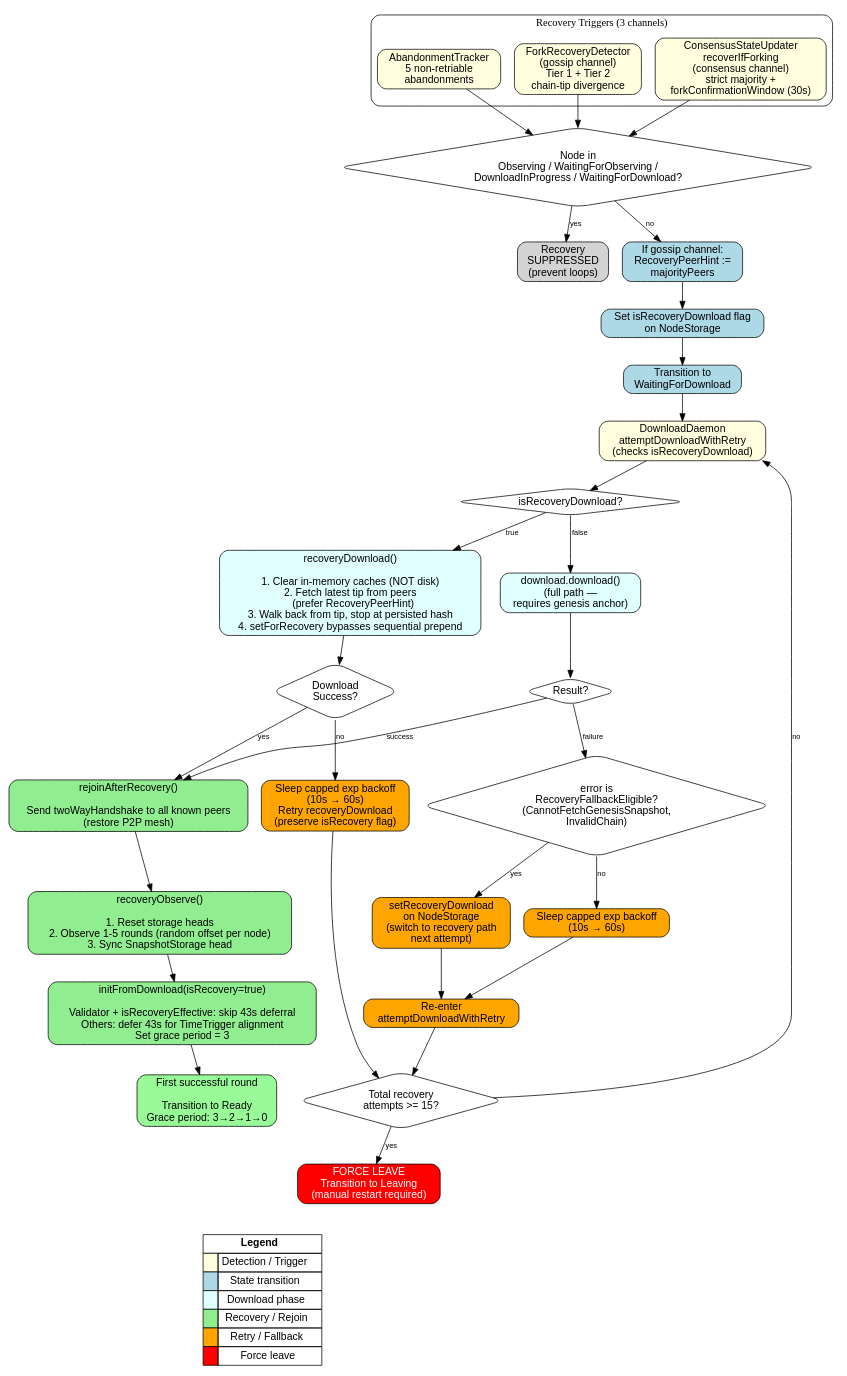
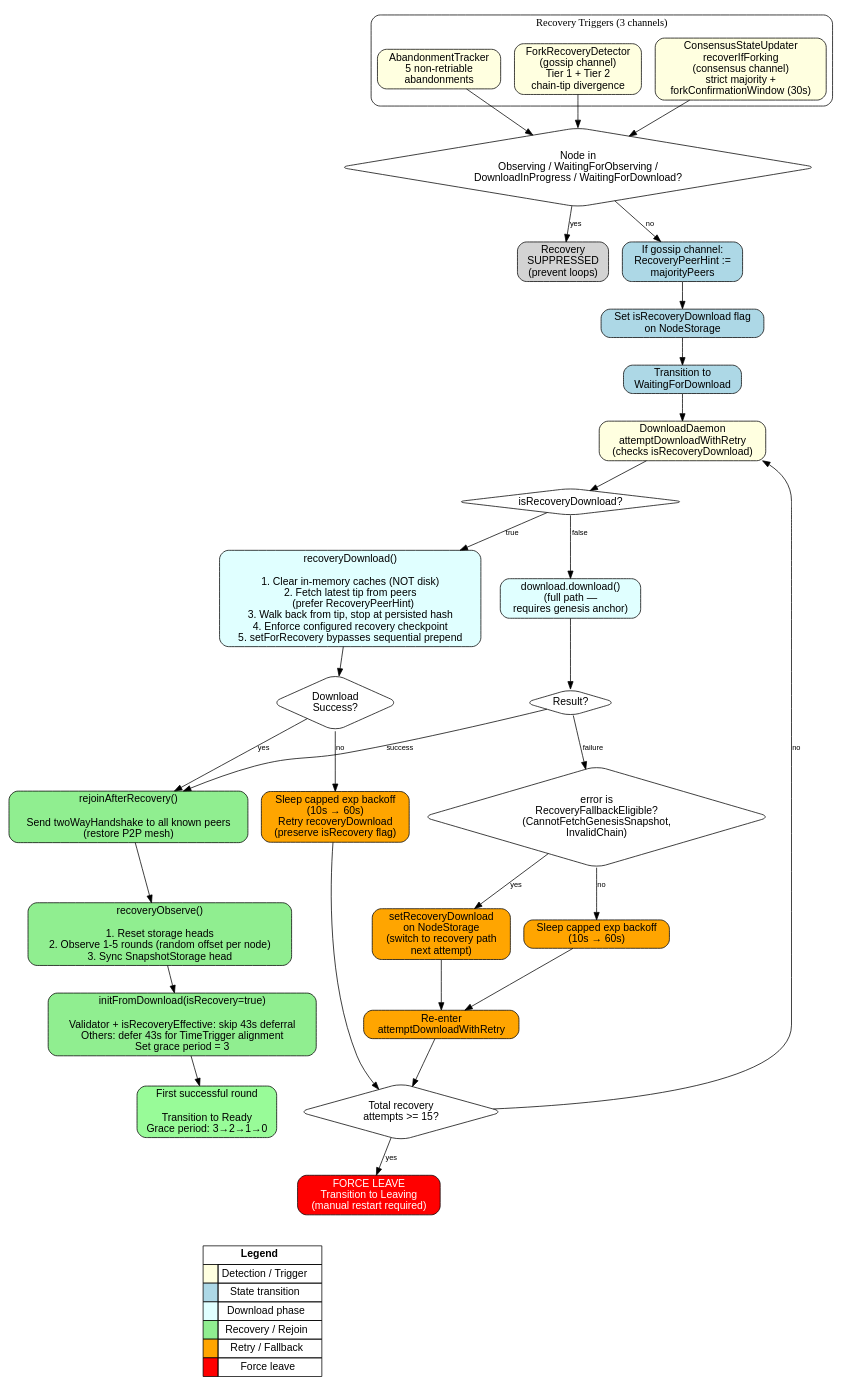
The diagram in docs/consensus/diagrams/recovery-decision-tree.dot (Constellation-Labs/tessellation), drawn with Graphviz before and after one commit. The commit also changed 9 other files, not shown here.

```diff
--- a/docs/consensus/diagrams/recovery-decision-tree.dot
+++ b/docs/consensus/diagrams/recovery-decision-tree.dot
@@ -1,129 +1,129 @@
 // Recovery Decision Tree
 // Render: dot -Tpng recovery-decision-tree.dot -o recovery-decision-tree.png
 
 digraph RecoveryDecisionTree {
     rankdir=TB;
     node [shape=box, style=rounded, fontname="Helvetica"];
     edge [fontname="Helvetica", fontsize=10];
 
     // Triggers
     subgraph cluster_triggers {
         label="Recovery Triggers (3 channels)";
         style=rounded;
         fillcolor="lightyellow";
 
         AbandonTrigger [label="AbandonmentTracker\n5 non-retriable\nabandonments", style="rounded,filled", fillcolor="lightyellow"];
         ForkTrigger [label="ForkRecoveryDetector\n(gossip channel)\nTier 1 + Tier 2\nchain-tip divergence", style="rounded,filled", fillcolor="lightyellow"];
         ConsensusForkTrigger [label="ConsensusStateUpdater\nrecoverIfForking\n(consensus channel)\nstrict majority +\nforkConfirmationWindow (30s)", style="rounded,filled", fillcolor="lightyellow"];
     }
 
     // State guard
     StateGuard [shape=diamond, label="Node in\nObserving / WaitingForObserving /\nDownloadInProgress / WaitingForDownload?"];
 
     AbandonTrigger -> StateGuard;
     ForkTrigger -> StateGuard;
     ConsensusForkTrigger -> StateGuard;
 
     StateGuard -> Suppressed [label="yes"];
     Suppressed [label="Recovery\nSUPPRESSED\n(prevent loops)", style="rounded,filled", fillcolor="lightgray"];
 
     StateGuard -> SetHint [label="no"];
 
     // Fork-channel-only: store peer hint
     SetHint [label="If gossip channel:\nRecoveryPeerHint :=\nmajorityPeers", style="rounded,filled", fillcolor="lightblue"];
     SetHint -> SetFlag;
 
     // Recovery initiation
     SetFlag [label="Set isRecoveryDownload flag\non NodeStorage", style="rounded,filled", fillcolor="lightblue"];
 
     SetFlag -> Transition;
 
     Transition [label="Transition to\nWaitingForDownload", style="rounded,filled", fillcolor="lightblue"];
 
     Transition -> DownloadDaemon;
 
     // Download daemon path selection
     DownloadDaemon [label="DownloadDaemon\nattemptDownloadWithRetry\n(checks isRecoveryDownload)", style="rounded,filled", fillcolor="lightyellow"];
 
     DownloadDaemon -> PathChoice;
 
     PathChoice [shape=diamond, label="isRecoveryDownload?"];
 
     PathChoice -> RecoveryDownload [label="true"];
     PathChoice -> FullDownload [label="false"];
 
     // Full download with fallback switch
     FullDownload [label="download.download()\n(full path —\nrequires genesis anchor)", style="rounded,filled", fillcolor="lightcyan"];
     FullDownload -> FullResult;
 
     FullResult [shape=diamond, label="Result?"];
     FullResult -> Rejoin [label="success"];
     FullResult -> FallbackCheck [label="failure"];
 
     FallbackCheck [shape=diamond, label="error is\nRecoveryFallbackEligible?\n(CannotFetchGenesisSnapshot,\nInvalidChain)"];
     FallbackCheck -> SetFallback [label="yes"];
     FallbackCheck -> RetryFull [label="no"];
 
     SetFallback [label="setRecoveryDownload\non NodeStorage\n(switch to recovery path\nnext attempt)", style="rounded,filled", fillcolor="orange"];
     SetFallback -> Backoff;
 
     RetryFull [label="Sleep capped exp backoff\n(10s → 60s)", style="rounded,filled", fillcolor="orange"];
     RetryFull -> Backoff;
     Backoff [label="Re-enter\nattemptDownloadWithRetry", style="rounded,filled", fillcolor="orange"];
     Backoff -> CheckTotalAttempts;
 
     // Recovery download steps
-    RecoveryDownload [label="recoveryDownload()\n\n1. Clear in-memory caches (NOT disk)\n2. Fetch latest tip from peers\n   (prefer RecoveryPeerHint)\n3. Walk back from tip, stop at persisted hash\n4. setForRecovery bypasses sequential prepend", style="rounded,filled", fillcolor="lightcyan"];
+    RecoveryDownload [label="recoveryDownload()\n\n1. Clear in-memory caches (NOT disk)\n2. Fetch latest tip from peers\n   (prefer RecoveryPeerHint)\n3. Walk back from tip, stop at persisted hash\n4. Enforce configured recovery checkpoint\n5. setForRecovery bypasses sequential prepend", style="rounded,filled", fillcolor="lightcyan"];
 
     RecoveryDownload -> DownloadResult;
 
     DownloadResult [shape=diamond, label="Download\nSuccess?"];
 
     DownloadResult -> Rejoin [label="yes"];
     DownloadResult -> RecoveryRetry [label="no"];
 
     RecoveryRetry [label="Sleep capped exp backoff\n(10s → 60s)\nRetry recoveryDownload\n(preserve isRecovery flag)", style="rounded,filled", fillcolor="orange"];
     RecoveryRetry -> CheckTotalAttempts;
 
     CheckTotalAttempts [shape=diamond, label="Total recovery\nattempts >= 15?"];
 
     CheckTotalAttempts -> ForceLeave [label="yes"];
     CheckTotalAttempts -> DownloadDaemon [label="no"];
 
     ForceLeave [label="FORCE LEAVE\nTransition to Leaving\n(manual restart required)", style="rounded,filled", fillcolor="red", fontcolor="white"];
 
     // Rejoin
     Rejoin [label="rejoinAfterRecovery()\n\nSend twoWayHandshake to all known peers\n(restore P2P mesh)", style="rounded,filled", fillcolor="lightgreen"];
 
     Rejoin -> RecoveryObserve;
 
     // Recovery observe
     RecoveryObserve [label="recoveryObserve()\n\n1. Reset storage heads\n2. Observe 1-5 rounds (random offset per node)\n3. Sync SnapshotStorage head", style="rounded,filled", fillcolor="lightgreen"];
 
     RecoveryObserve -> InitFromDownload;
 
     // Init from download
     InitFromDownload [label="initFromDownload(isRecovery=true)\n\nValidator + isRecoveryEffective: skip 43s deferral\nOthers: defer 43s for TimeTrigger alignment\nSet grace period = 3", style="rounded,filled", fillcolor="lightgreen"];
 
     InitFromDownload -> FirstRound;
 
     // First round
     FirstRound [label="First successful round\n\nTransition to Ready\nGrace period: 3→2→1→0", style="rounded,filled", fillcolor="palegreen"];
 
     // Legend — compact, at bottom
     Legend [shape=plaintext, label=<
         <TABLE BORDER="0" CELLBORDER="1" CELLSPACING="0" CELLPADDING="4">
         <TR><TD COLSPAN="2"><B>Legend</B></TD></TR>
         <TR><TD BGCOLOR="lightyellow">  </TD><TD>Detection / Trigger</TD></TR>
         <TR><TD BGCOLOR="lightblue">  </TD><TD>State transition</TD></TR>
         <TR><TD BGCOLOR="lightcyan">  </TD><TD>Download phase</TD></TR>
         <TR><TD BGCOLOR="lightgreen">  </TD><TD>Recovery / Rejoin</TD></TR>
         <TR><TD BGCOLOR="orange">  </TD><TD>Retry / Fallback</TD></TR>
         <TR><TD BGCOLOR="red">  </TD><TD>Force leave</TD></TR>
         </TABLE>
     >];
 
     // Force legend below the flow
     FirstRound -> Legend [style=invis];
     ForceLeave -> Legend [style=invis];
 }
```
